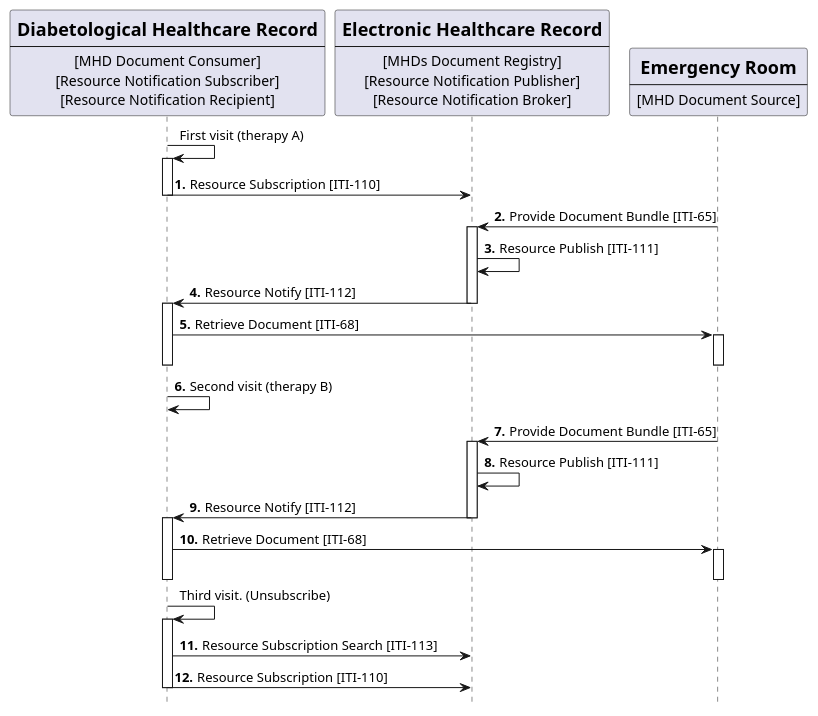
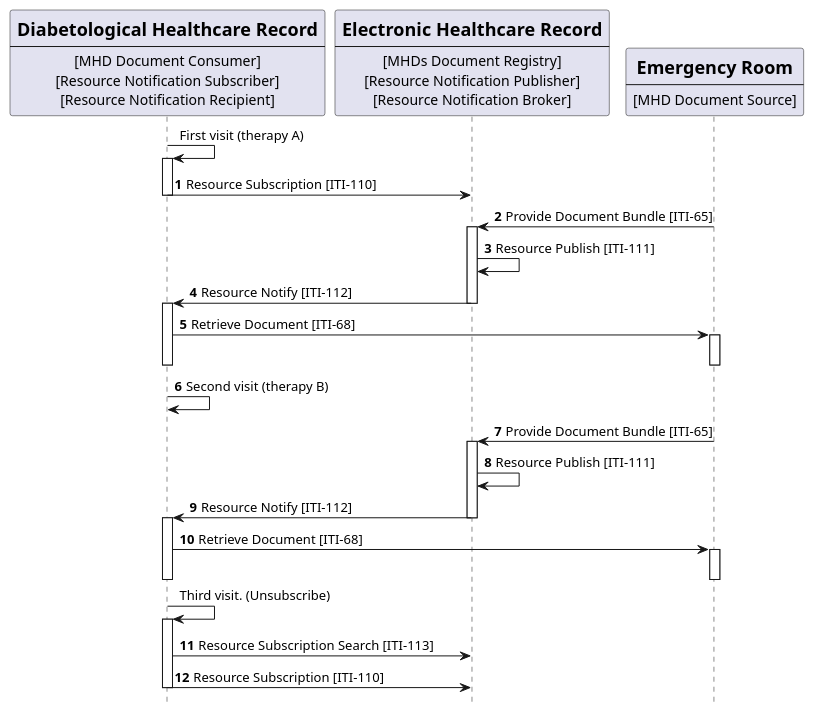
The diagram in input/images-source/usecase2-processflow.plantuml (IHE/ITI.DSUBm), drawn with PlantUML before and after one commit. The commit also changed 5 other files, not shown here.

```diff
--- a/input/images-source/usecase2-processflow.plantuml
+++ b/input/images-source/usecase2-processflow.plantuml
@@ -1,69 +1,69 @@
 @startuml
 skinparam svgDimensionStyle false
 hide footbox
 /'title "Folder Subscription with DSUBm on MHDs infrastructure" '/
 
 participant DHR [
     = Diabetological Healthcare Record
     ----
     [MHD Document Consumer]
     [Resource Notification Subscriber]
     [Resource Notification Recipient]
 ] 
 
 
 
 participant Central [
     =Electronic Healthcare Record
     ----
     [MHDs Document Registry]
     [Resource Notification Publisher]
     [Resource Notification Broker]
 ] 
 
 participant ER [
     =Emergency Room
     ----
     [MHD Document Source]
 ] 
 
 
 
 
 DHR -> DHR: First visit (therapy A)
-autonumber "<b>."
+autonumber "<b>"
 activate DHR
 DHR -> Central:  Resource Subscription [ITI-110]
 deactivate DHR
 ER->Central:  Provide Document Bundle [ITI-65]
 activate Central 
 Central -> Central: Resource Publish [ITI-111]
 Central -> DHR: Resource Notify [ITI-112]
 deactivate Central
 activate DHR
 DHR -> ER: Retrieve Document [ITI-68]
 activate ER
 deactivate ER
 deactivate DHR 
 
 DHR -> DHR: Second visit (therapy B)
 ER->Central:  Provide Document Bundle [ITI-65]
 activate Central 
 Central -> Central: Resource Publish [ITI-111]
 Central -> DHR: Resource Notify [ITI-112]
 deactivate Central
 activate DHR
 
 DHR -> ER: Retrieve Document [ITI-68]
 activate ER
 deactivate ER
 deactivate DHR 
 autonumber stop 
 DHR -> DHR: Third visit. (Unsubscribe)
 activate DHR
-autonumber 11 "<b>."
+autonumber 11 "<b>"
 DHR -> Central: Resource Subscription Search [ITI-113]
 DHR -> Central: Resource Subscription [ITI-110]	
 deactivate DHR
 
 @enduml
```
